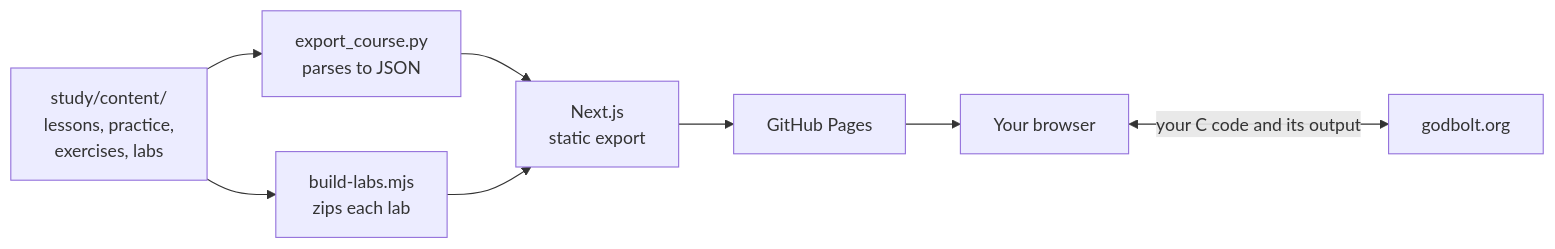
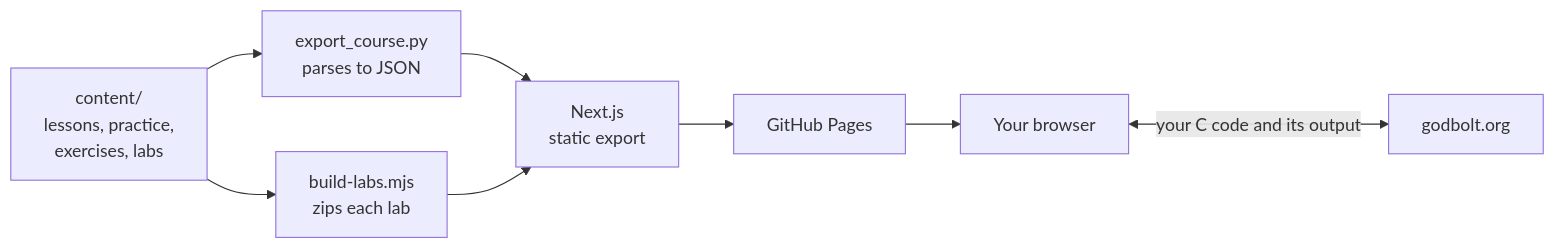
The diagram in README.md (idanhaitner/high-performance-systems-programming), drawn with Mermaid before and after one commit. The commit also changed other lines of this file and 406 other files, not shown here.

````diff
--- a/README.md
+++ b/README.md
@@ -93,10 +93,10 @@
 ```mermaid
 flowchart LR
-    A["study/content/<br>lessons, practice,<br>exercises, labs"] --> B["export_course.py<br>parses to JSON"]
+    A["content/<br>lessons, practice,<br>exercises, labs"] --> B["export_course.py<br>parses to JSON"]
     B --> C["Next.js<br>static export"]
     A --> D["build-labs.mjs<br>zips each lab"]
     D --> C
     C --> E["GitHub Pages"]
     E --> F["Your browser"]
     F <-->|"your C code and its output"| G["godbolt.org"]
 ```
````
